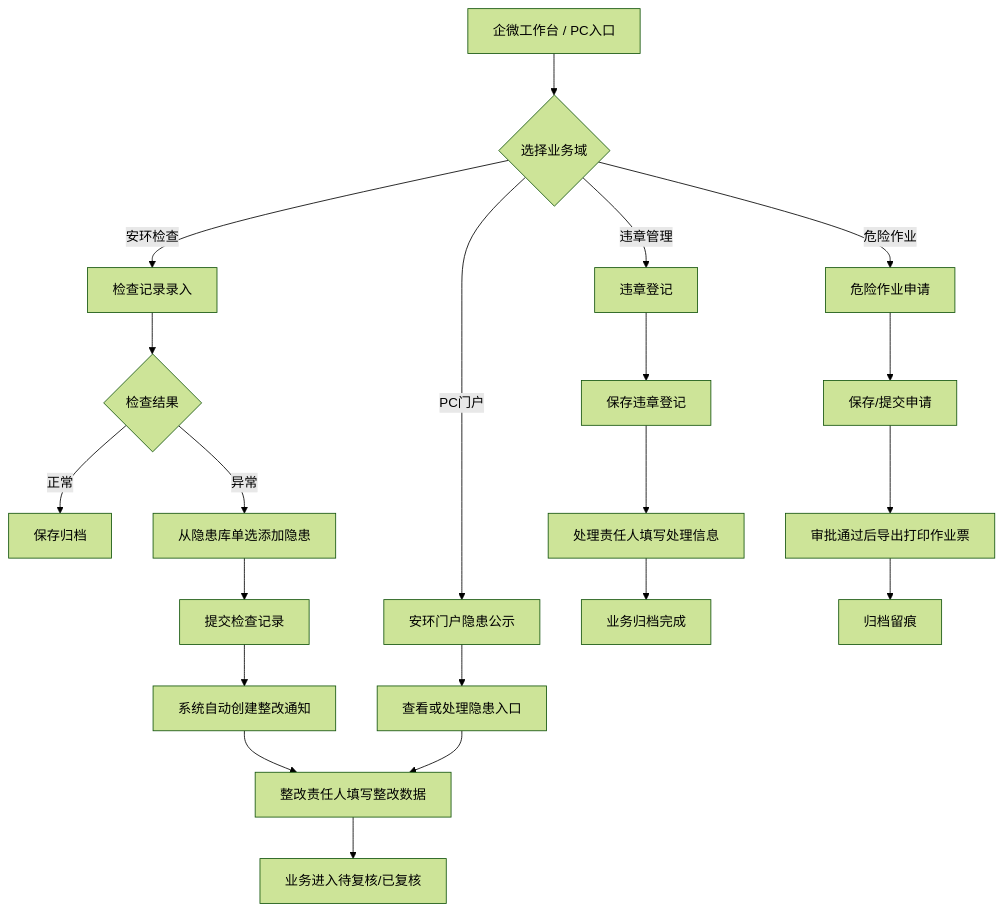
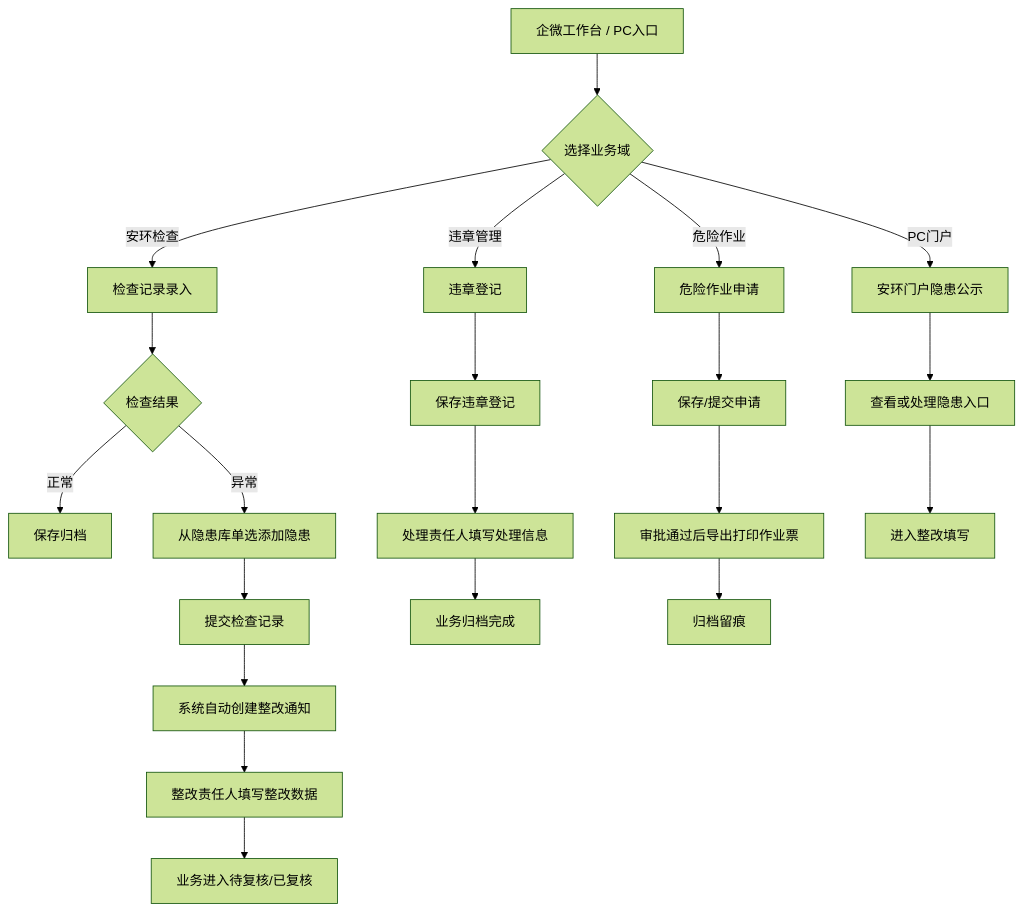
One commit to liaoliao66/SES changed the first of 10 diagrams in docs/versions/v1.0.0/prd.md. Above: the diagram before and after it, drawn with Mermaid (forest theme). The commit also changed other lines of this file and 1 other file, not shown here.

Commit message:
fix: 容错渲染 Mermaid 并修正易失败流程图，避免本地预览整页加载失败

````diff
--- a/docs/versions/v1.0.0/prd.md
+++ b/docs/versions/v1.0.0/prd.md
@@ -99,27 +99,27 @@
 ```mermaid
 flowchart TD
   Start[企微工作台 / PC入口] --> Domain{选择业务域}
   Domain -->|安环检查| Check[检查记录录入]
   Domain -->|违章管理| Viol[违章登记]
   Domain -->|危险作业| Permit[危险作业申请]
   Domain -->|PC门户| Portal[安环门户隐患公示]
 
   Check --> Result{检查结果}
   Result -->|正常| ArchiveOK[保存归档]
   Result -->|异常| Haz[从隐患库单选添加隐患]
   Haz --> SubmitChk[提交检查记录]
   SubmitChk --> AutoRect[系统自动创建整改通知]
   AutoRect --> FillRect[整改责任人填写整改数据]
   FillRect --> Review[业务进入待复核/已复核]
 
   Viol --> SaveV[保存违章登记]
   SaveV --> HandleV[处理责任人填写处理信息]
   HandleV --> DoneV[业务归档完成]
 
   Permit --> SaveP[保存/提交申请]
   SaveP --> Ticket[审批通过后导出打印作业票]
   Ticket --> EndP[归档留痕]
 
   Portal --> ViewOrHandle[查看或处理隐患入口]
-  ViewOrHandle --> FillRect
+  ViewOrHandle --> PortalFill[进入整改填写]
 ```
````
